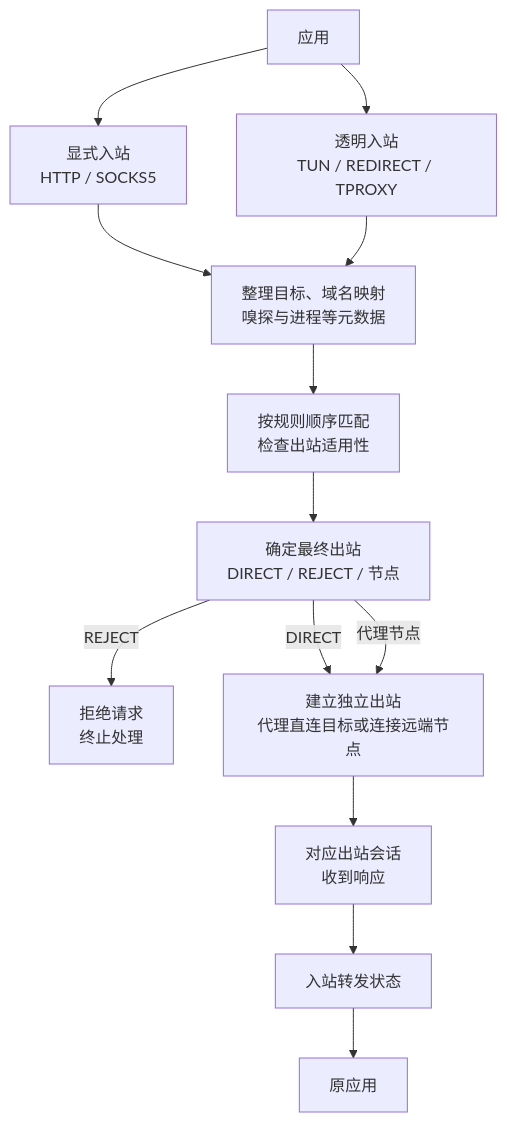
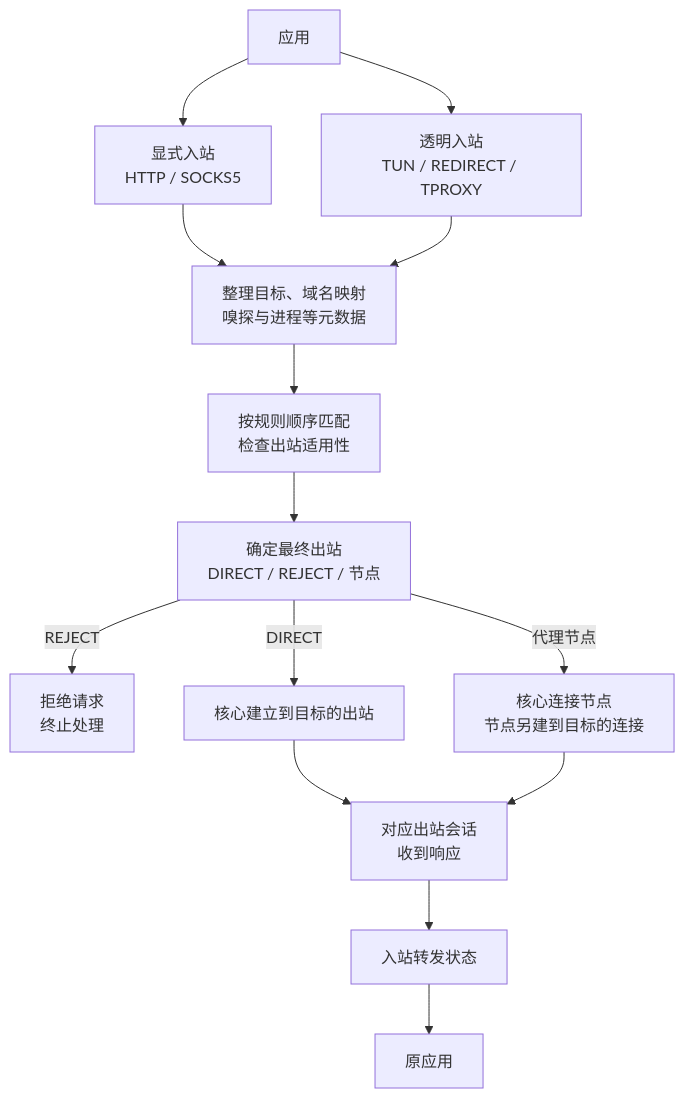
The fourth of 4 diagrams in content/posts/networking/proxies-tunnels-transparent-interception.md (fordelkon/delkon.us.kg), drawn with Mermaid before and after one commit. The commit also changed other lines of this file and 21 other files, not shown here.

Commit message:
feat: refine networking diagrams and examples

````diff
--- a/content/posts/networking/proxies-tunnels-transparent-interception.md
+++ b/content/posts/networking/proxies-tunnels-transparent-interception.md
@@ -321,15 +343,16 @@
 ```mermaid title="规则匹配、出站选择与响应返回" description="规则按顺序检查，还需核对出站适用性；真实目标 IP 按规则和出站需要获取。REJECT 在此终止，策略组选择需落实到最终出站，非拒绝结果按实际选择建立直连或代理会话。响应通过对应的出站会话和入站转发状态返回原应用，不是把远端 TCP 包原样塞回原连接。"
 flowchart TB
  app["应用"] --> explicit["显式入站<br/>HTTP / SOCKS5"]
  app --> transparent["透明入站<br/>TUN / REDIRECT / TPROXY"]
  explicit --> metadata["整理目标、域名映射<br/>嗅探与进程等元数据"]
  transparent --> metadata
  metadata --> rules["按规则顺序匹配<br/>检查出站适用性"]
  rules --> choice["确定最终出站<br/>DIRECT / REJECT / 节点"]
  choice -->|REJECT| reject["拒绝请求<br/>终止处理"]
- choice -->|DIRECT| outbound["建立独立出站<br/>代理直连目标或连接远端节点"]
- choice -->|代理节点| outbound
- outbound --> response["对应出站会话<br/>收到响应"]
+ choice -->|DIRECT| direct["核心建立到目标的出站"]
+ choice -->|代理节点| relay["核心连接节点<br/>节点另建到目标的连接"]
+ direct --> response
+ relay --> response["对应出站会话<br/>收到响应"]
  response --> inbound["入站转发状态"]
  inbound --> original["原应用"]
 ```
````
